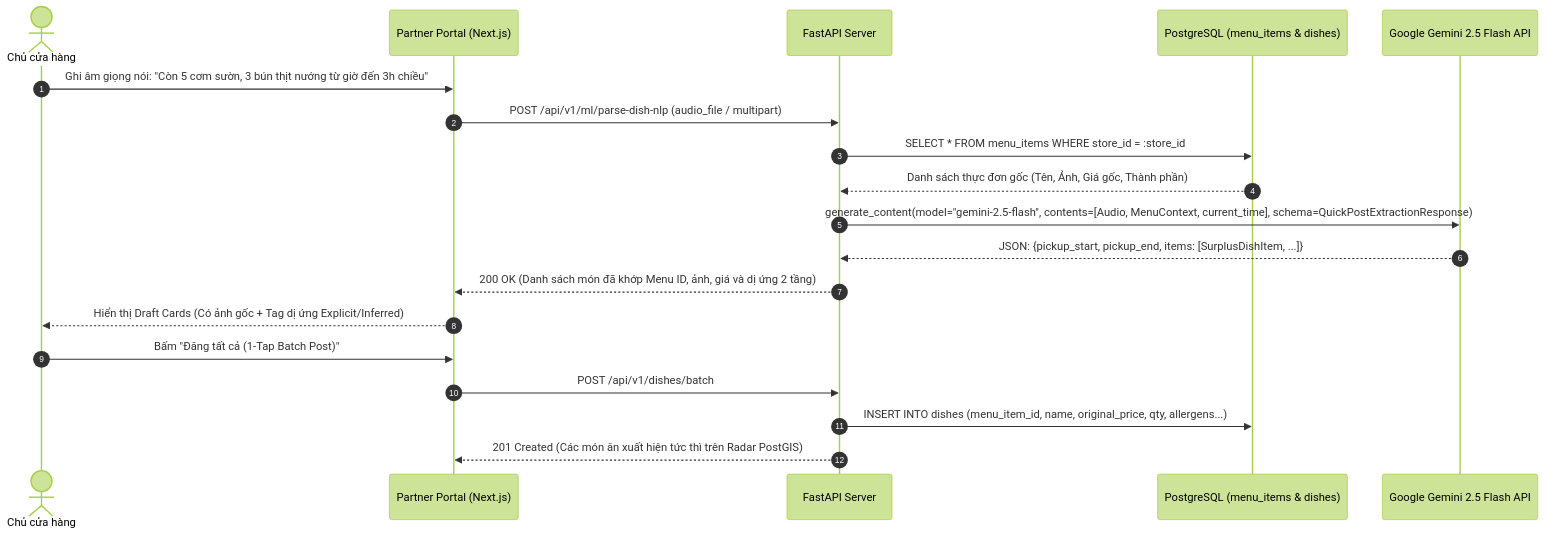
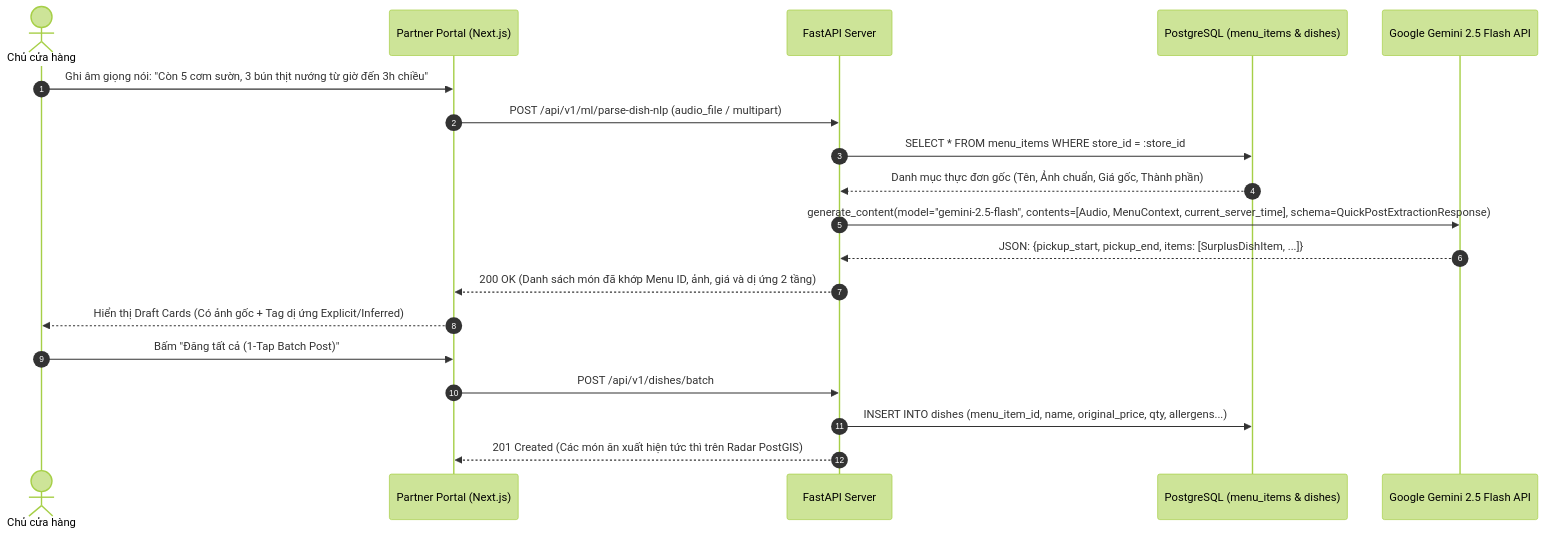
The second of 5 diagrams in docs/02_System_Architecture.md (pqhuy1807/EcoBite), drawn with Mermaid (forest theme) before and after one commit. The commit also changed other lines of this file and 9 other files, not shown here.

````diff
--- a/docs/02_System_Architecture.md
+++ b/docs/02_System_Architecture.md
@@ -68,22 +75,22 @@
 ```mermaid
 sequenceDiagram
     autonumber
     actor Partner as Chủ cửa hàng
     participant Frontend as Partner Portal (Next.js)
     participant Backend as FastAPI Server
     participant DB as PostgreSQL (menu_items & dishes)
     participant Gemini as Google Gemini 2.5 Flash API
 
     Partner->>Frontend: Ghi âm giọng nói: "Còn 5 cơm sườn, 3 bún thịt nướng từ giờ đến 3h chiều"
     Frontend->>Backend: POST /api/v1/ml/parse-dish-nlp (audio_file / multipart)
     Backend->>DB: SELECT * FROM menu_items WHERE store_id = :store_id
-    DB-->>Backend: Danh sách thực đơn gốc (Tên, Ảnh, Giá gốc, Thành phần)
-    Backend->>Gemini: generate_content(model="gemini-2.5-flash", contents=[Audio, MenuContext, current_time], schema=QuickPostExtractionResponse)
+    DB-->>Backend: Danh mục thực đơn gốc (Tên, Ảnh chuẩn, Giá gốc, Thành phần)
+    Backend->>Gemini: generate_content(model="gemini-2.5-flash", contents=[Audio, MenuContext, current_server_time], schema=QuickPostExtractionResponse)
     Gemini-->>Backend: JSON: {pickup_start, pickup_end, items: [SurplusDishItem, ...]}
     Backend-->>Frontend: 200 OK (Danh sách món đã khớp Menu ID, ảnh, giá và dị ứng 2 tầng)
     Frontend-->>Partner: Hiển thị Draft Cards (Có ảnh gốc + Tag dị ứng Explicit/Inferred)
     Partner->>Frontend: Bấm "Đăng tất cả (1-Tap Batch Post)"
     Frontend->>Backend: POST /api/v1/dishes/batch
     Backend->>DB: INSERT INTO dishes (menu_item_id, name, original_price, qty, allergens...)
     Backend-->>Frontend: 201 Created (Các món ăn xuất hiện tức thì trên Radar PostGIS)
 ```
````
